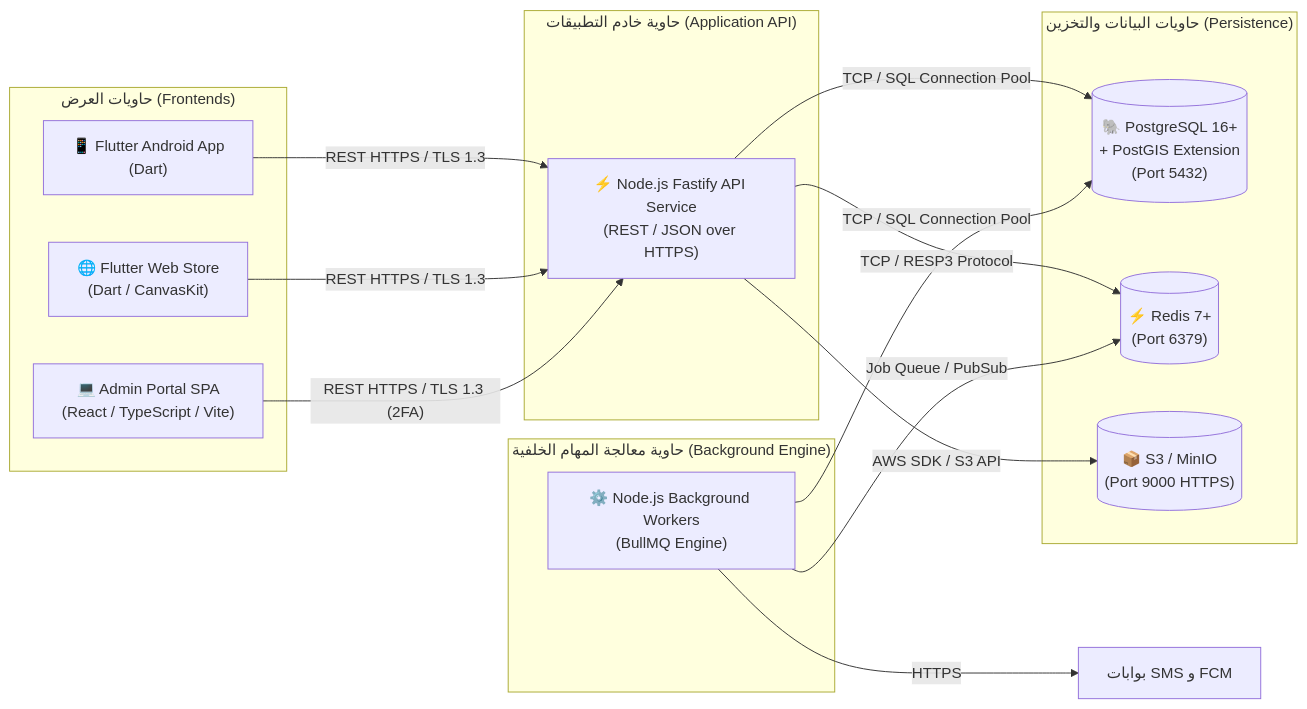
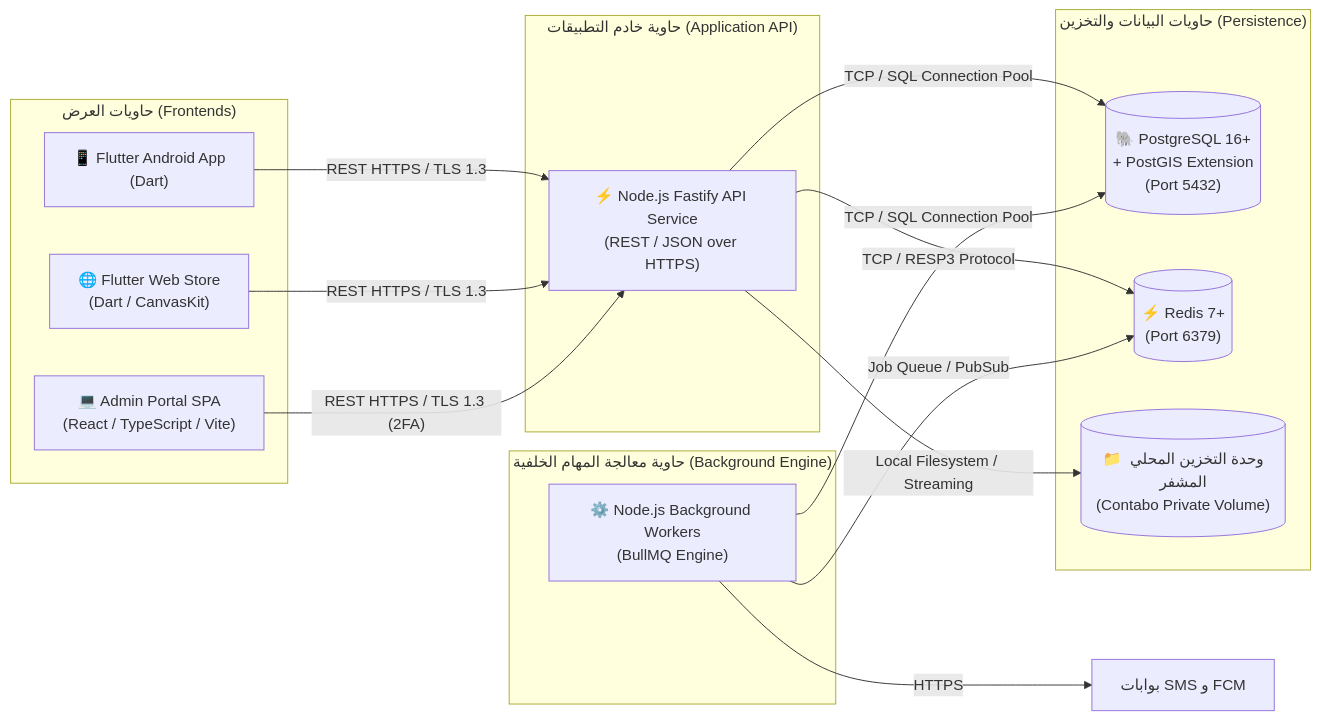
Before and after one commit to A-S-Y/Athar: the third of 5 diagrams in docs/01-architecture/system-overview.md, drawn with Mermaid. The commit also changed other lines of this file and 9 other files, not shown here.

Commit message:
fix: complete canonical remediation, 25-entity data dictionary, Contabo hosting & storage, and API contracts alignment

````diff
--- a/docs/01-architecture/system-overview.md
+++ b/docs/01-architecture/system-overview.md
@@ -137,34 +137,34 @@
 ```mermaid
 flowchart LR
     subgraph ClientContainers ["حاويات العرض (Frontends)"]
         FlutterApp["📱 Flutter Android App<br/>(Dart)"]
         FlutterWeb["🌐 Flutter Web Store<br/>(Dart / CanvasKit)"]
         AdminSPA["💻 Admin Portal SPA<br/>(React / TypeScript / Vite)"]
     end
 
     subgraph ApiContainer ["حاوية خادم التطبيقات (Application API)"]
         FastifyApp["⚡ Node.js Fastify API Service<br/>(REST / JSON over HTTPS)"]
     end
 
     subgraph WorkerContainer ["حاوية معالجة المهام الخلفية (Background Engine)"]
         WorkerService["⚙️ Node.js Background Workers<br/>(BullMQ Engine)"]
     end
 
     subgraph DataContainers ["حاويات البيانات والتخزين (Persistence)"]
         PostgresDB[("🐘 PostgreSQL 16+<br/>+ PostGIS Extension<br/>(Port 5432)")]
         RedisDB[("⚡ Redis 7+<br/>(Port 6379)")]
-        ObjectStore[("📦 S3 / MinIO<br/>(Port 9000 HTTPS)")]
+        LocalStorage[("📁 وحدة التخزين المحلي المشفر<br/>(Contabo Private Volume)")]
     end
 
     FlutterApp --> |"REST HTTPS / TLS 1.3"| FastifyApp
     FlutterWeb --> |"REST HTTPS / TLS 1.3"| FastifyApp
     AdminSPA --> |"REST HTTPS / TLS 1.3 (2FA)"| FastifyApp
 
     FastifyApp --> |"TCP / SQL Connection Pool"| PostgresDB
     FastifyApp --> |"TCP / RESP3 Protocol"| RedisDB
-    FastifyApp --> |"AWS SDK / S3 API"| ObjectStore
+    FastifyApp --> |"Local Filesystem / Streaming"| LocalStorage
 
     WorkerService --> |"TCP / SQL Connection Pool"| PostgresDB
     WorkerService --> |"Job Queue / PubSub"| RedisDB
     WorkerService --> |"HTTPS"| ExternalAPIs["بوابات SMS و FCM"]
 ```
````
